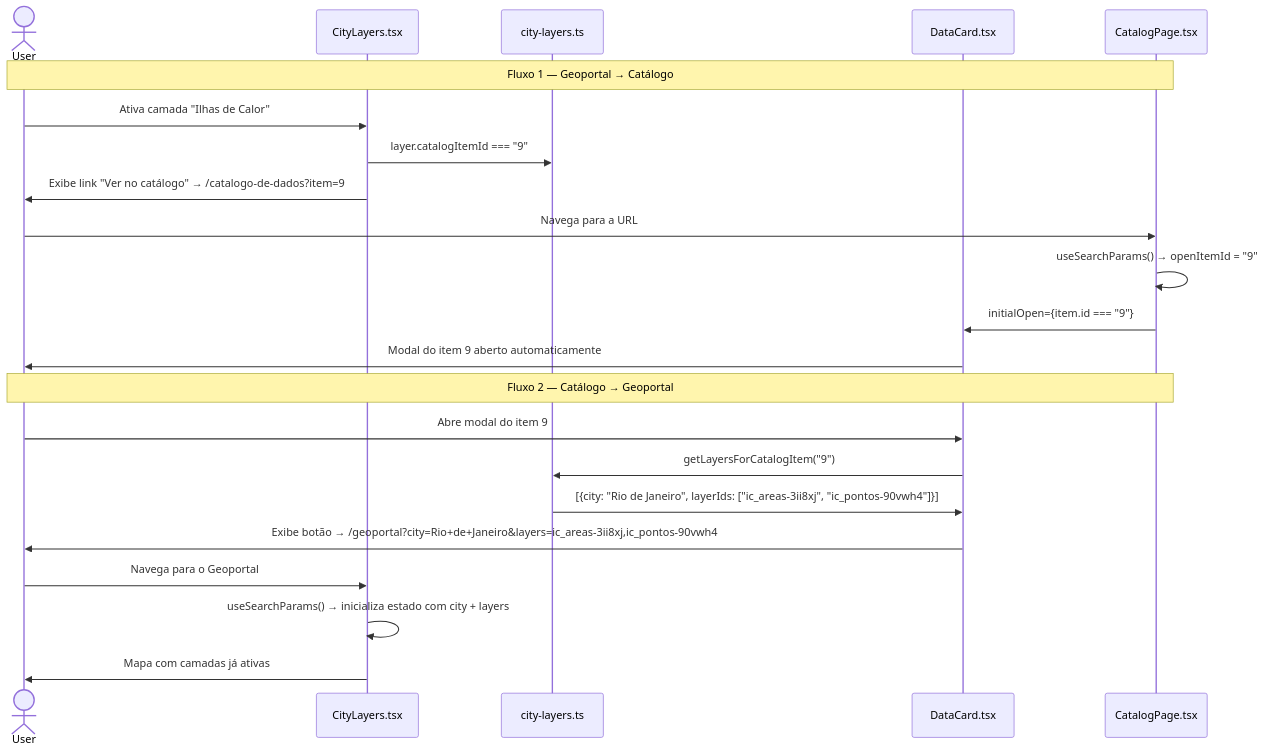
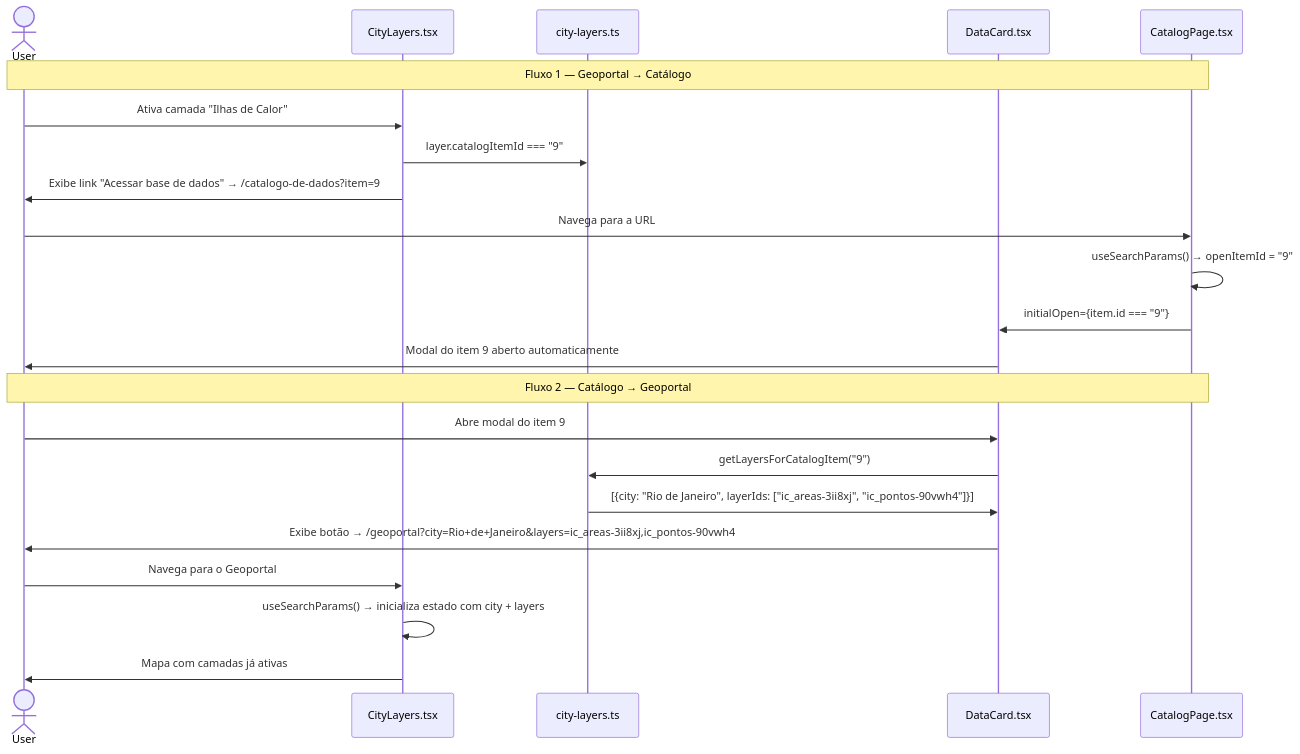
The second of 2 diagrams in docs/CATALOG_GEOPORTAL_INTEGRATION.md (portalcidados/portal-cidados), drawn with Mermaid before and after one commit. The commit also changed other lines of this file and 5 other files, not shown here.

````diff
--- a/docs/CATALOG_GEOPORTAL_INTEGRATION.md
+++ b/docs/CATALOG_GEOPORTAL_INTEGRATION.md
@@ -139,26 +139,26 @@
 ```mermaid
 sequenceDiagram
     actor User
     participant CL as CityLayers.tsx
     participant CLT as city-layers.ts
     participant DP as DataCard.tsx
     participant CP as CatalogPage.tsx
 
     Note over User,CP: Fluxo 1 — Geoportal → Catálogo
     User->>CL: Ativa camada "Ilhas de Calor"
     CL->>CLT: layer.catalogItemId === "9"
-    CL->>User: Exibe link "Ver no catálogo" → /catalogo-de-dados?item=9
+    CL->>User: Exibe link "Acessar base de dados" → /catalogo-de-dados?item=9
     User->>CP: Navega para a URL
     CP->>CP: useSearchParams() → openItemId = "9"
     CP->>DP: initialOpen={item.id === "9"}
     DP->>User: Modal do item 9 aberto automaticamente
 
     Note over User,CP: Fluxo 2 — Catálogo → Geoportal
     User->>DP: Abre modal do item 9
     DP->>CLT: getLayersForCatalogItem("9")
     CLT->>DP: [{city: "Rio de Janeiro", layerIds: ["ic_areas-3ii8xj", "ic_pontos-90vwh4"]}]
     DP->>User: Exibe botão → /geoportal?city=Rio+de+Janeiro&layers=ic_areas-3ii8xj,ic_pontos-90vwh4
     User->>CL: Navega para o Geoportal
     CL->>CL: useSearchParams() → inicializa estado com city + layers
     CL->>User: Mapa com camadas já ativas
 ```
````
